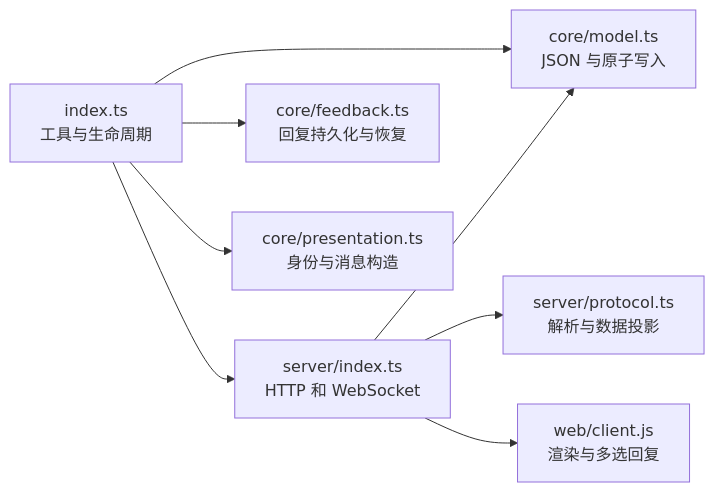
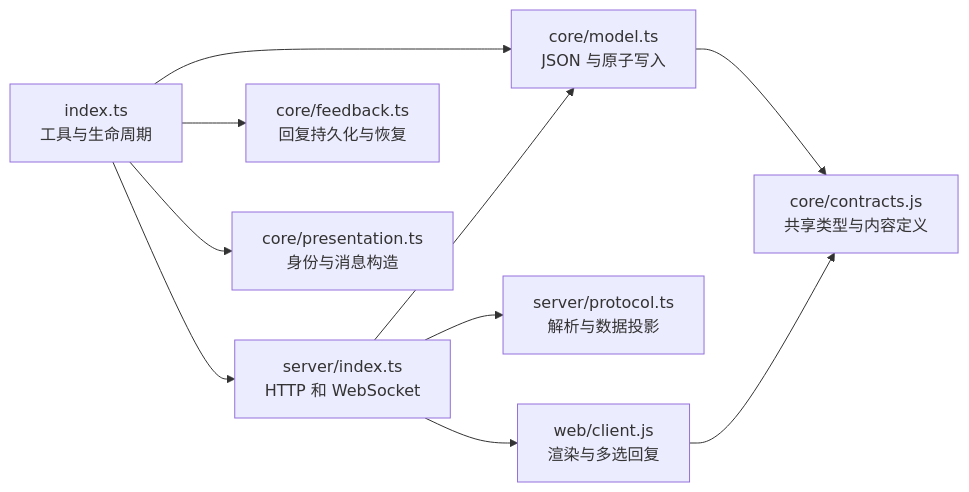
The first of 2 diagrams in extensions/canvas-note/docs/architecture.md (aqua2k1/pi-kits), drawn with Mermaid before and after one commit. The commit also changed other lines of this file and 18 other files, not shown here.

````diff
--- a/extensions/canvas-note/docs/architecture.md
+++ b/extensions/canvas-note/docs/architecture.md
@@ -7,10 +7,12 @@
 ```mermaid
 flowchart LR
   index["index.ts<br/>工具与生命周期"] --> model["core/model.ts<br/>JSON 与原子写入"]
   index --> server["server/index.ts<br/>HTTP 和 WebSocket"]
   index --> feedback["core/feedback.ts<br/>回复持久化与恢复"]
   index --> presentation["core/presentation.ts<br/>身份与消息构造"]
   server --> protocol["server/protocol.ts<br/>解析与数据投影"]
   server --> model
   server --> client["web/client.js<br/>渲染与多选回复"]
+  model --> contracts["core/contracts.js<br/>共享类型与内容定义"]
+  client --> contracts
 ```
````
